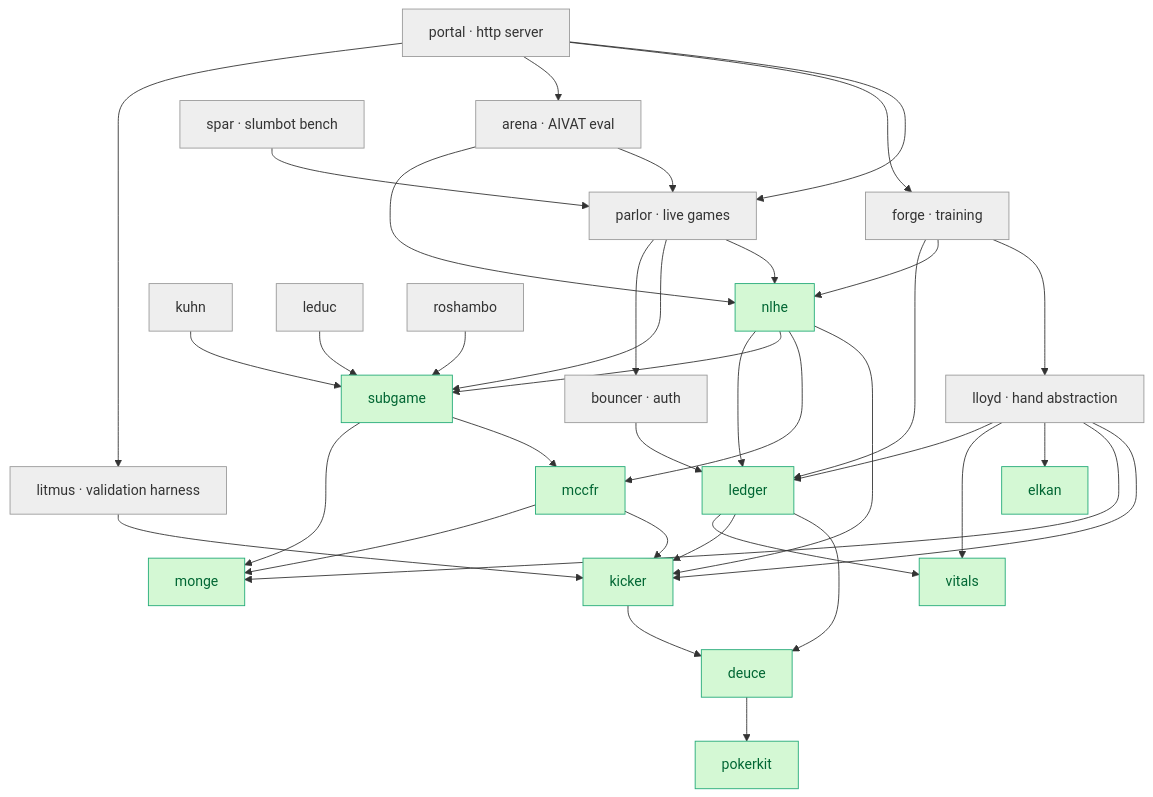
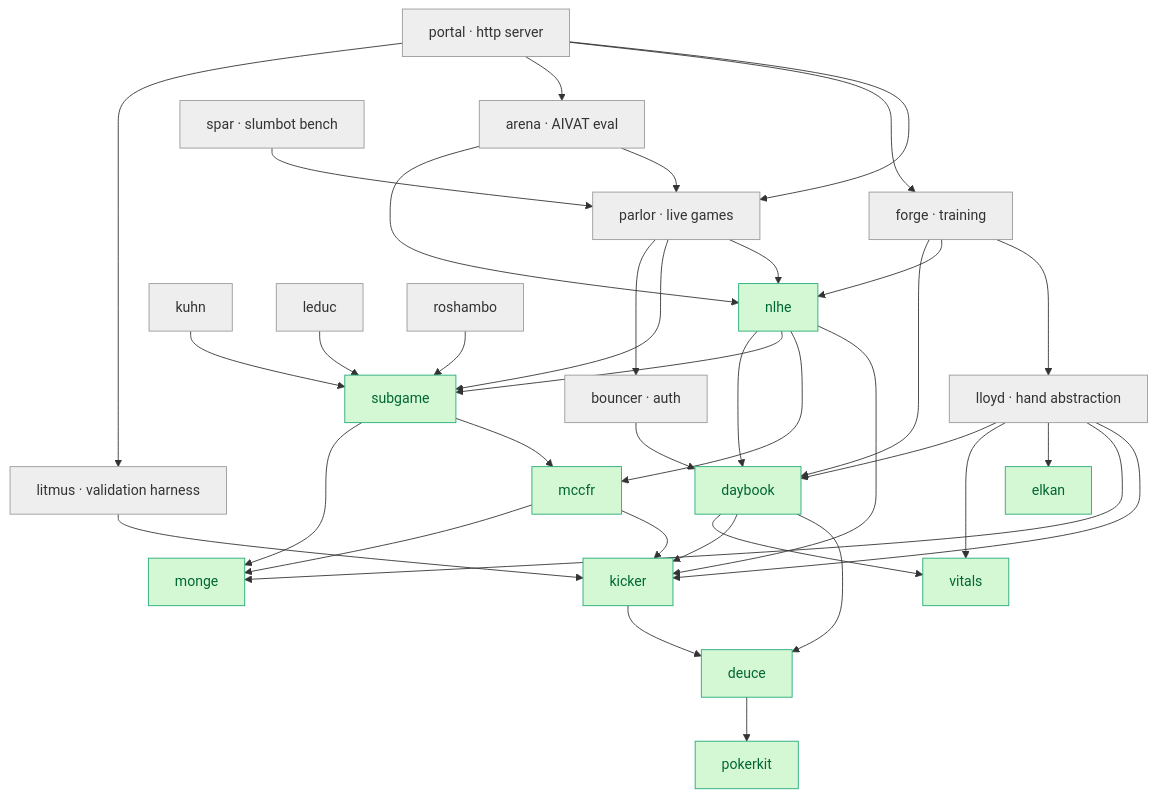
Before and after one commit to krukah/robopoker: the second of 3 diagrams in README.md, drawn with Mermaid. The commit also changed other lines of this file and 64 other files, not shown here.

First line of the commit message:
refactor: rename ledger crate -> daybook

````diff
--- a/README.md
+++ b/README.md
@@ -93,62 +93,62 @@
 ```mermaid
 graph TD
   classDef pub fill:#d4f8d4,stroke:#2a7,color:#063
   classDef int fill:#eee,stroke:#999,color:#333
 
   %% published
   deuce --> pokerkit
   kicker --> deuce
   mccfr --> kicker
   mccfr --> monge
   subgame --> mccfr
   subgame --> monge
-  ledger --> deuce
-  ledger --> kicker
-  ledger --> vitals
+  daybook --> deuce
+  daybook --> kicker
+  daybook --> vitals
   nlhe --> kicker
   nlhe --> mccfr
   nlhe --> subgame
-  nlhe --> ledger
+  nlhe --> daybook
 
   %% internal: auth
   bouncer["bouncer · auth"]
-  bouncer --> ledger
+  bouncer --> daybook
 
   %% internal: abstraction
   lloyd["lloyd · hand abstraction"]
   lloyd --> kicker
   lloyd --> monge
   lloyd --> elkan
   lloyd --> vitals
-  lloyd --> ledger
+  lloyd --> daybook
 
   %% internal: validation games
   kuhn --> subgame
   leduc --> subgame
   roshambo --> subgame
 
   %% internal: apps / services / tooling
   forge["forge · training"]
   parlor["parlor · live games"]
   portal["portal · http server"]
   arena["arena · AIVAT eval"]
   spar["spar · slumbot bench"]
   litmus["litmus · validation harness"]
   forge --> lloyd
   forge --> nlhe
-  forge --> ledger
+  forge --> daybook
   parlor --> nlhe
   parlor --> subgame
   parlor --> bouncer
   arena --> parlor
   arena --> nlhe
   spar --> parlor
   portal --> parlor
   portal --> forge
   portal --> arena
   portal --> litmus
   litmus --> kicker
 
-  class deuce,monge,kicker,mccfr,subgame,elkan,pokerkit,vitals,ledger,nlhe pub
+  class deuce,monge,kicker,mccfr,subgame,elkan,pokerkit,vitals,daybook,nlhe pub
   class bouncer,lloyd,kuhn,leduc,roshambo,forge,parlor,portal,arena,spar,litmus int
 ```
````
